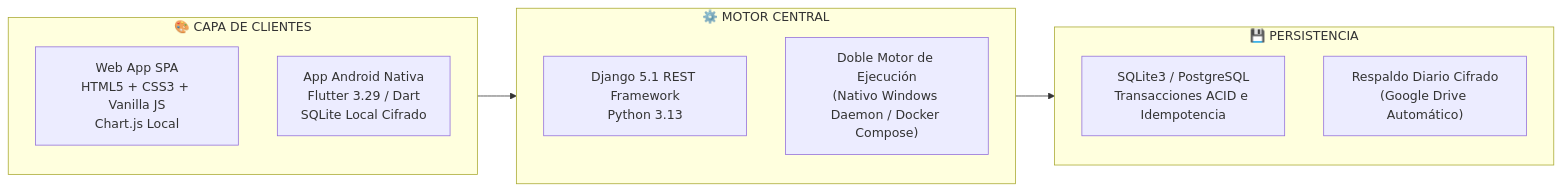
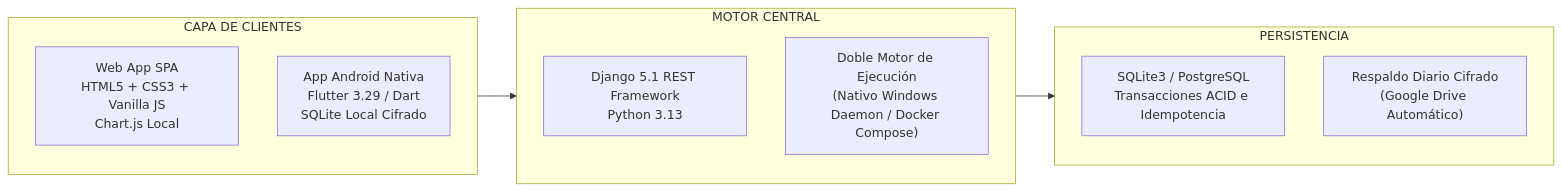
Before and after one commit to Licenciao/Valhalla-POS: the second of 2 diagrams in README.md, drawn with Mermaid. The commit also changed other lines of this file, not shown here.

````diff
--- a/README.md
+++ b/README.md
@@ -102,20 +102,20 @@
 ```mermaid
 flowchart LR
-    subgraph Frontend["🎨 CAPA DE CLIENTES"]
+    subgraph Frontend[" CAPA DE CLIENTES"]
         SPA["Web App SPA<br/>HTML5 + CSS3 + Vanilla JS<br/>Chart.js Local"]
         FLUTTER["App Android Nativa<br/>Flutter 3.29 / Dart<br/>SQLite Local Cifrado"]
     end
 
-    subgraph Backend["⚙️ MOTOR CENTRAL"]
+    subgraph Backend[" MOTOR CENTRAL"]
         DJANGO["Django 5.1 REST Framework<br/>Python 3.13"]
         DUAL["Doble Motor de Ejecución<br/>(Nativo Windows Daemon / Docker Compose)"]
     end
 
-    subgraph Data["💾 PERSISTENCIA"]
+    subgraph Data[" PERSISTENCIA"]
         DB["SQLite3 / PostgreSQL<br/>Transacciones ACID e Idempotencia"]
         DRIVE["Respaldo Diario Cifrado<br/>(Google Drive Automático)"]
     end
 
     Frontend --> Backend
     Backend --> Data
 ```
````
